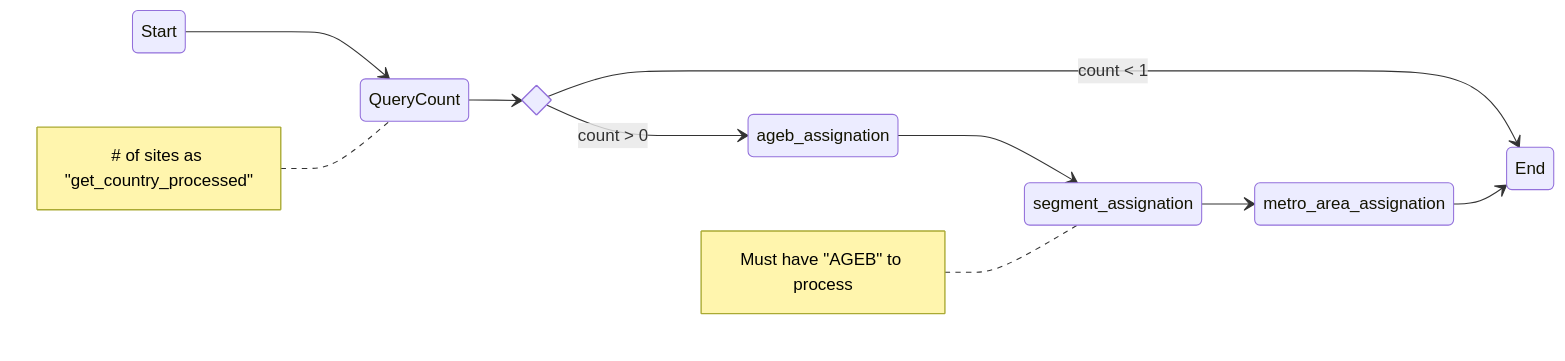
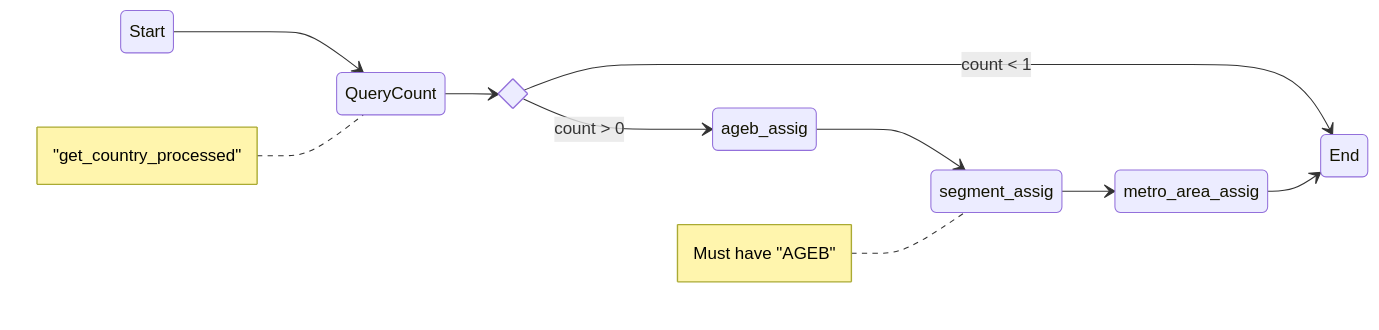
The third of 4 diagrams in README.md (gusVG/EDAi), drawn with Mermaid before and after one commit. The commit also changed other lines of this file, not shown here.

````diff
--- a/README.md
+++ b/README.md
@@ -55,18 +55,18 @@
 ```mermaid
 stateDiagram
 direction  LR
   state branch <<choice>>
   Start --> QueryCount
   note left of QueryCount
-    # of sites as "get_country_processed"
+    "get_country_processed"
   end note
   QueryCount --> branch
-  branch --> ageb_assignation: count > 0
+  branch --> ageb_assig: count > 0
   branch --> End: count < 1
-  ageb_assignation --> segment_assignation
-  note left of segment_assignation
-    Must have "AGEB" to process
+  ageb_assig --> segment_assig
+  note left of segment_assig
+    Must have "AGEB"
   end note
-  segment_assignation --> metro_area_assignation
-  metro_area_assignation --> End
+  segment_assig --> metro_area_assig
+  metro_area_assig --> End
 ```
````
